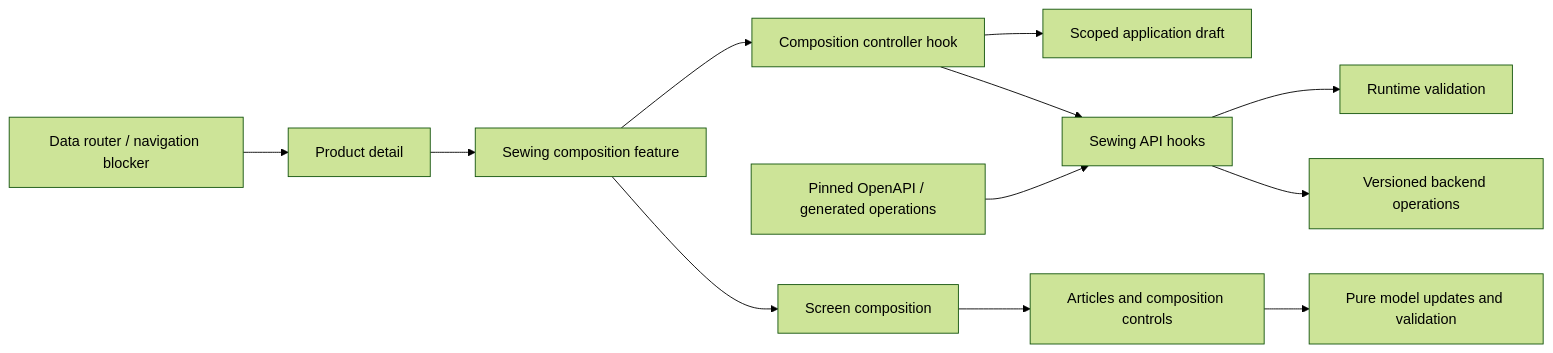
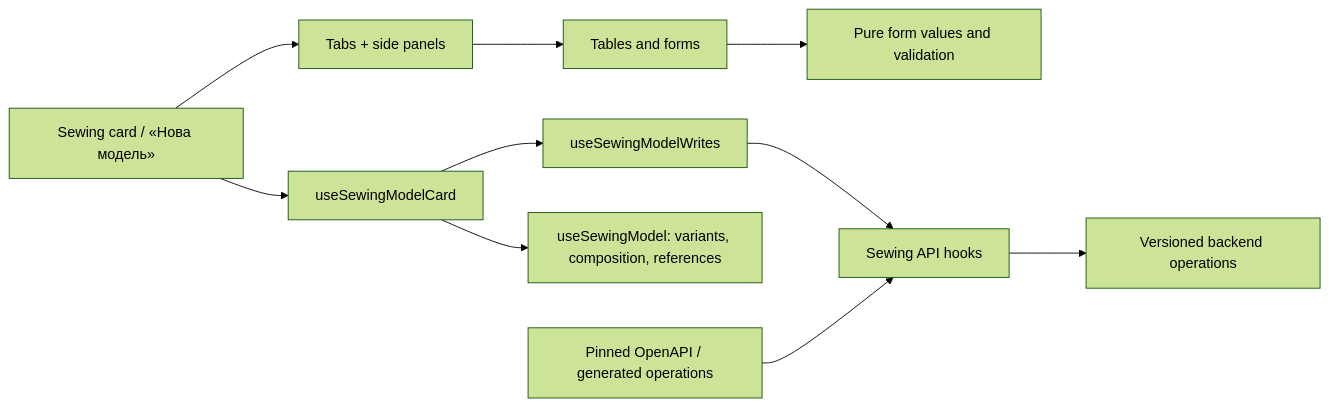
One commit to Weretik/brevi-web changed the diagram in docs/features/admin/products/sewing-composition.md. Above: the diagram before and after it, drawn with Mermaid (forest theme). The commit also changed other lines of this file and 132 other files, not shown here.

First line of the commit message:
Fabric per variant: «Тканини», «Комплектація», «Трудовитрати» tables with side panels

````diff
--- a/docs/features/admin/products/sewing-composition.md
+++ b/docs/features/admin/products/sewing-composition.md
@@ -35,14 +35,12 @@
 ```mermaid
 flowchart LR
-    Router[Data router / navigation blocker] --> Detail[Product detail]
-    Detail --> Feature[Sewing composition feature]
-    Feature --> Controller[Composition controller hook]
-    Controller --> Draft[Scoped application draft]
-    Feature --> Screen[Screen composition]
-    Screen --> UI[Articles and composition controls]
-    Controller --> Data[Sewing API hooks]
-    UI --> Rules[Pure model updates and validation]
-    Data --> Mapper[Runtime validation]
+    Card[Sewing card / «Нова модель»] --> Hook[useSewingModelCard]
+    Hook --> Model[useSewingModel: variants, composition, references]
+    Hook --> Writes[useSewingModelWrites]
+    Card --> Tabs[Tabs + side panels]
+    Tabs --> UI[Tables and forms]
+    UI --> Rules[Pure form values and validation]
+    Writes --> Data[Sewing API hooks]
     Data --> Backend[Versioned backend operations]
     Contract[Pinned OpenAPI / generated operations] --> Data
 ```
````
